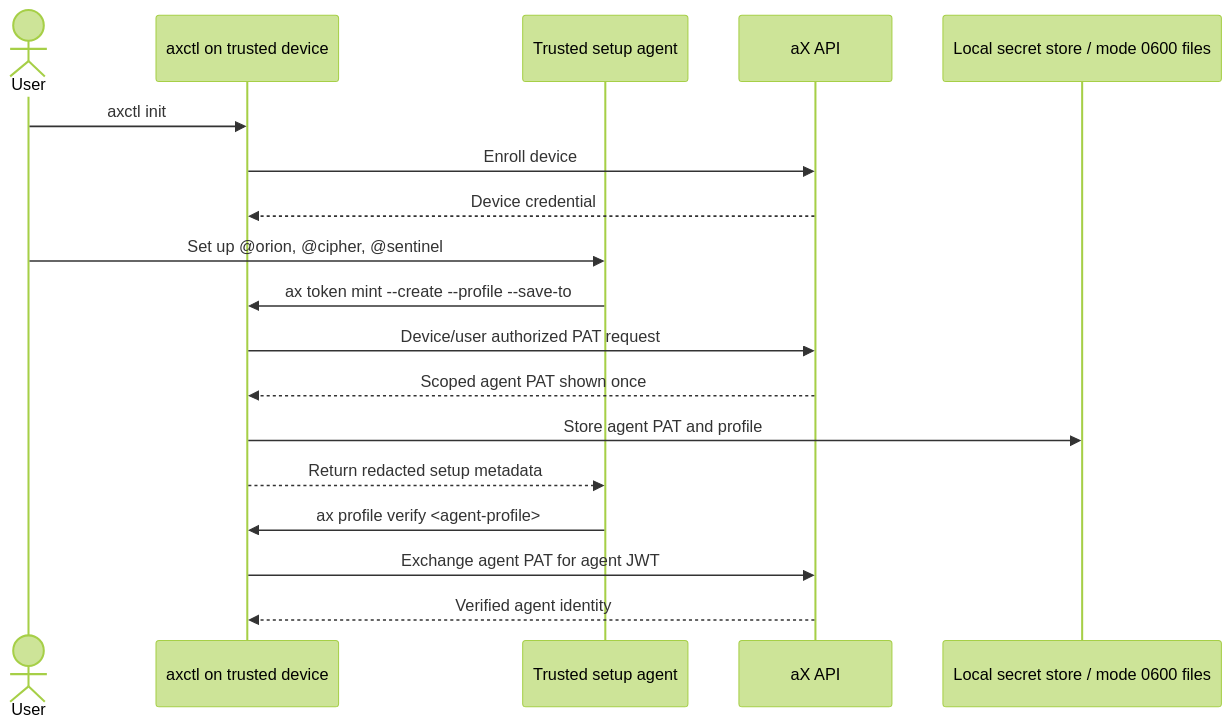
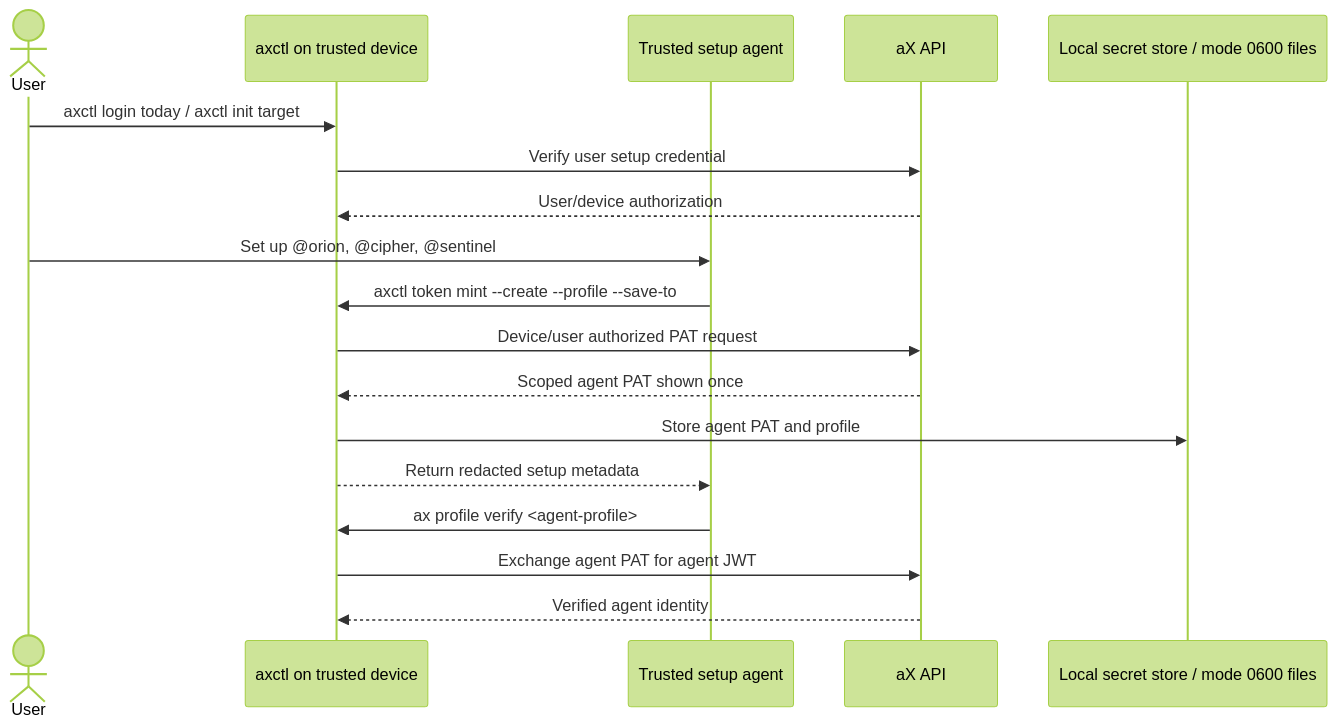
The second of 2 diagrams in specs/AXCTL-BOOTSTRAP-001/spec.md (markgalpin/ax-gateway), drawn with Mermaid (forest theme) before and after one commit. The commit also changed other lines of this file and 8 other files, not shown here.

Commit message:
fix: confirm hidden login token capture

````diff
--- a/specs/AXCTL-BOOTSTRAP-001/spec.md
+++ b/specs/AXCTL-BOOTSTRAP-001/spec.md
@@ -87,21 +97,21 @@
 ```mermaid
 sequenceDiagram
     actor User
     participant CLI as axctl on trusted device
     participant Agent as Trusted setup agent
     participant API as aX API
     participant FS as Local secret store / mode 0600 files
 
-    User->>CLI: axctl init
-    CLI->>API: Enroll device
-    API-->>CLI: Device credential
+    User->>CLI: axctl login today / axctl init target
+    CLI->>API: Verify user setup credential
+    API-->>CLI: User/device authorization
     User->>Agent: Set up @orion, @cipher, @sentinel
-    Agent->>CLI: ax token mint --create --profile --save-to
+    Agent->>CLI: axctl token mint --create --profile --save-to
     CLI->>API: Device/user authorized PAT request
     API-->>CLI: Scoped agent PAT shown once
     CLI->>FS: Store agent PAT and profile
     CLI-->>Agent: Return redacted setup metadata
     Agent->>CLI: ax profile verify <agent-profile>
     CLI->>API: Exchange agent PAT for agent JWT
     API-->>CLI: Verified agent identity
 ```
````
